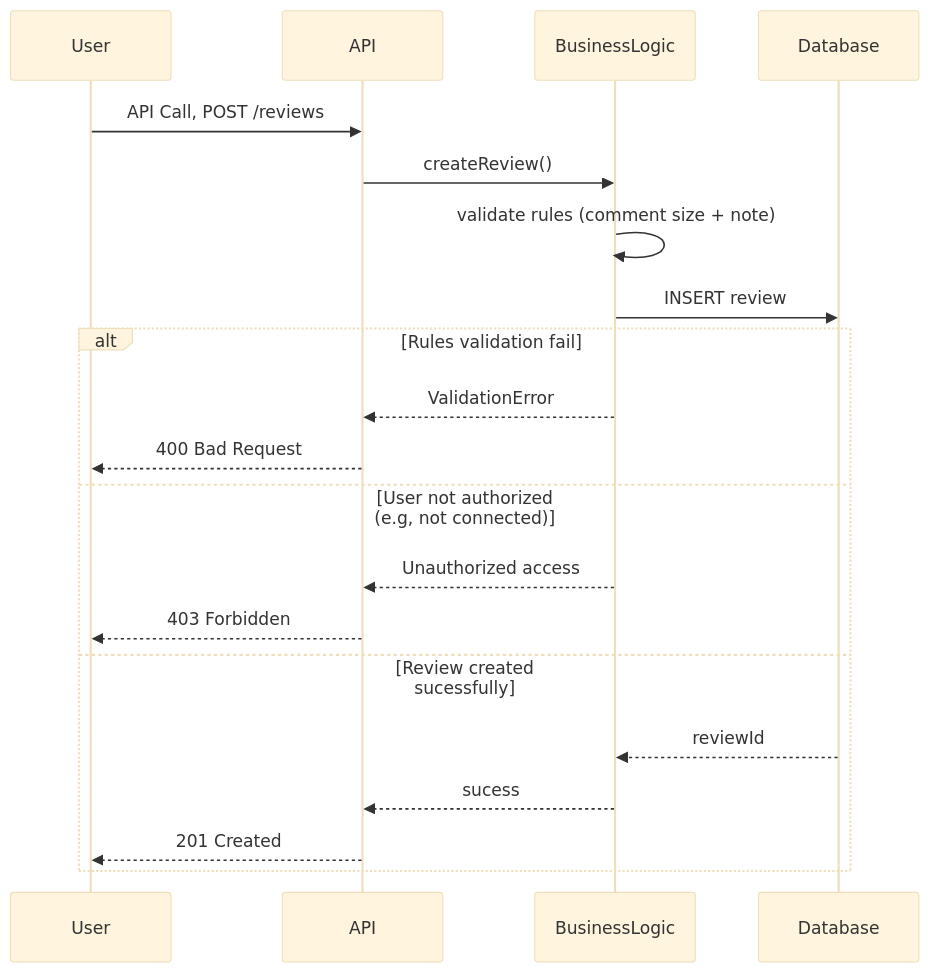
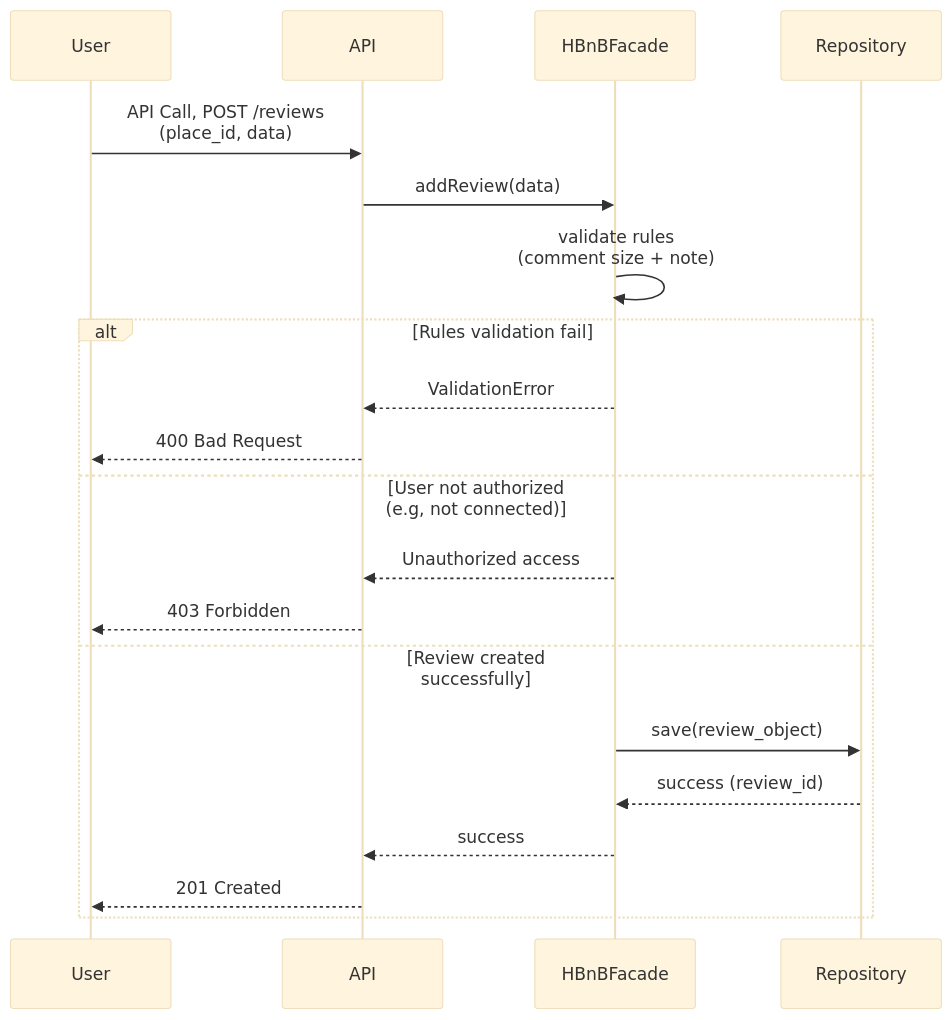
One commit to juliangf94/holbertonschool-hbnb changed the fifth of 6 diagrams in part1/DOCUMENTATION_en.md. Above: the diagram before and after it, drawn with Mermaid (base theme). The commit also changed other lines of this file and 11 other files, not shown here.

````diff
--- a/part1/DOCUMENTATION_en.md
+++ b/part1/DOCUMENTATION_en.md
@@ -433,24 +302,26 @@
 ```mermaid
 sequenceDiagram
     participant User
     participant API
-    participant BusinessLogic
-    participant Database
+    participant HBnBFacade
+    participant Repository
 
-    User->>API: API Call, POST /reviews
-    API->>BusinessLogic: createReview()
-    BusinessLogic->>BusinessLogic: validate rules (comment size + note)
-    BusinessLogic->>Database: INSERT review
+    User->>API: API Call, POST /reviews<br/>(place_id, data)
+    API->>HBnBFacade: addReview(data)
+    HBnBFacade->>HBnBFacade: validate rules<br/>(comment size + note)
 
     alt Rules validation fail
-        BusinessLogic-->>API: ValidationError
+        HBnBFacade-->>API: ValidationError
         API-->>User: 400 Bad Request
-    else User not authorized (e.g, not connected)
-        BusinessLogic-->>API: Unauthorized access
+    else User not authorized<br/>(e.g, not connected)
+        HBnBFacade-->>API: Unauthorized access
         API-->>User: 403 Forbidden
-    else Review created sucessfully
-        Database-->>BusinessLogic: reviewId
-        BusinessLogic-->>API: sucess
+    else Review created successfully
+        %% We validate the data before sendint to Repo
+        HBnBFacade->>Repository: save(review_object)
+        Repository-->>HBnBFacade: success (review_id)
+        HBnBFacade-->>API: success
         API-->>User: 201 Created
-    end
+
+end
 ```
````
